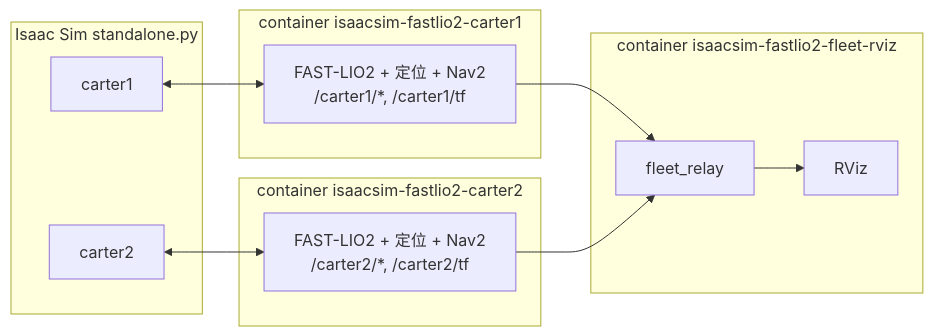
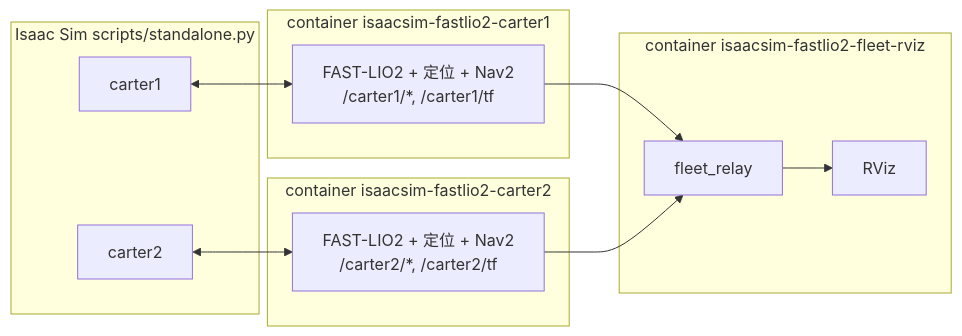
One commit to piggaycheng/isaacsim_fast-lio2-slam changed the diagram in docs/multi_robot.md. Above: the diagram before and after it, drawn with Mermaid. The commit also changed other lines of this file and 25 other files, not shown here.

````diff
--- a/docs/multi_robot.md
+++ b/docs/multi_robot.md
@@ -24,18 +24,18 @@
 ```mermaid
 flowchart LR
-  subgraph Isaac[Isaac Sim standalone.py]
+  subgraph Isaac[Isaac Sim scripts/standalone.py]
     R1[carter1] & R2[carter2]
   end
   subgraph C1[container isaacsim-fastlio2-carter1]
     S1[FAST-LIO2 + 定位 + Nav2<br/>/carter1/*, /carter1/tf]
   end
   subgraph C2[container isaacsim-fastlio2-carter2]
     S2[FAST-LIO2 + 定位 + Nav2<br/>/carter2/*, /carter2/tf]
   end
   subgraph F[container isaacsim-fastlio2-fleet-rviz]
     Relay[fleet_relay] --> RViz
   end
   R1 <--> S1
   R2 <--> S2
   S1 & S2 --> Relay
 ```
````
